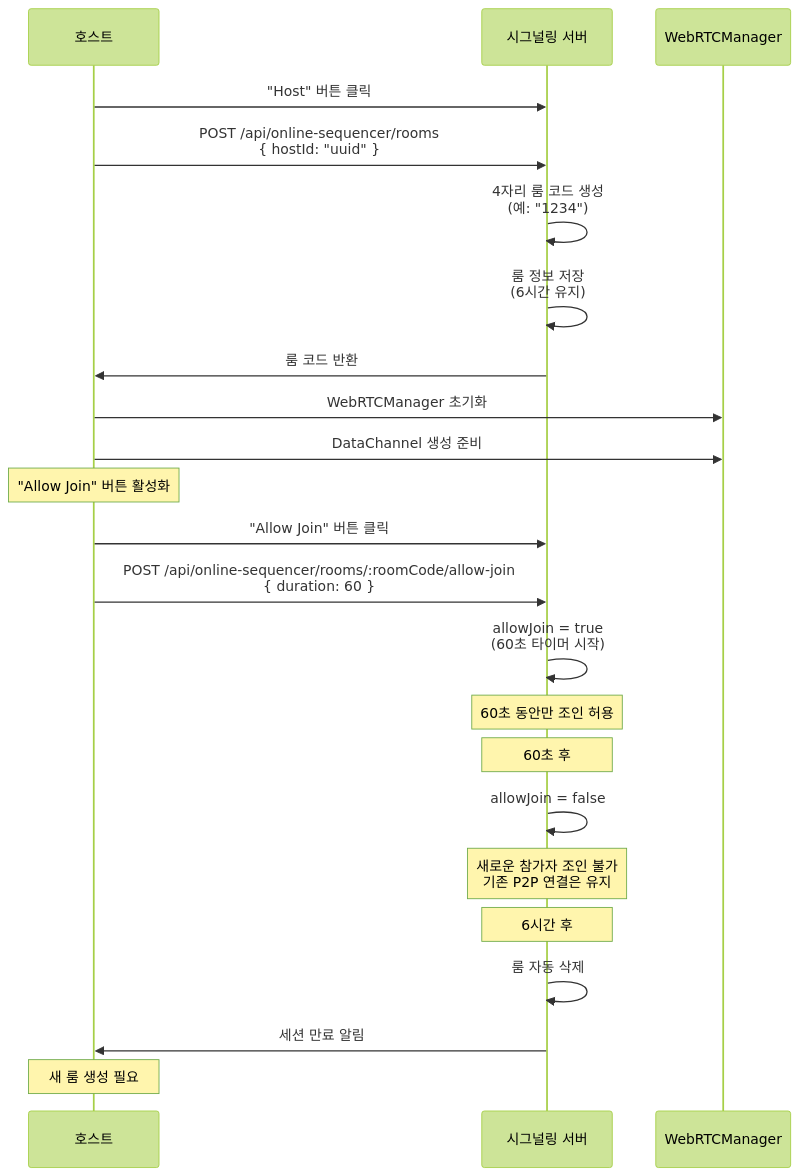
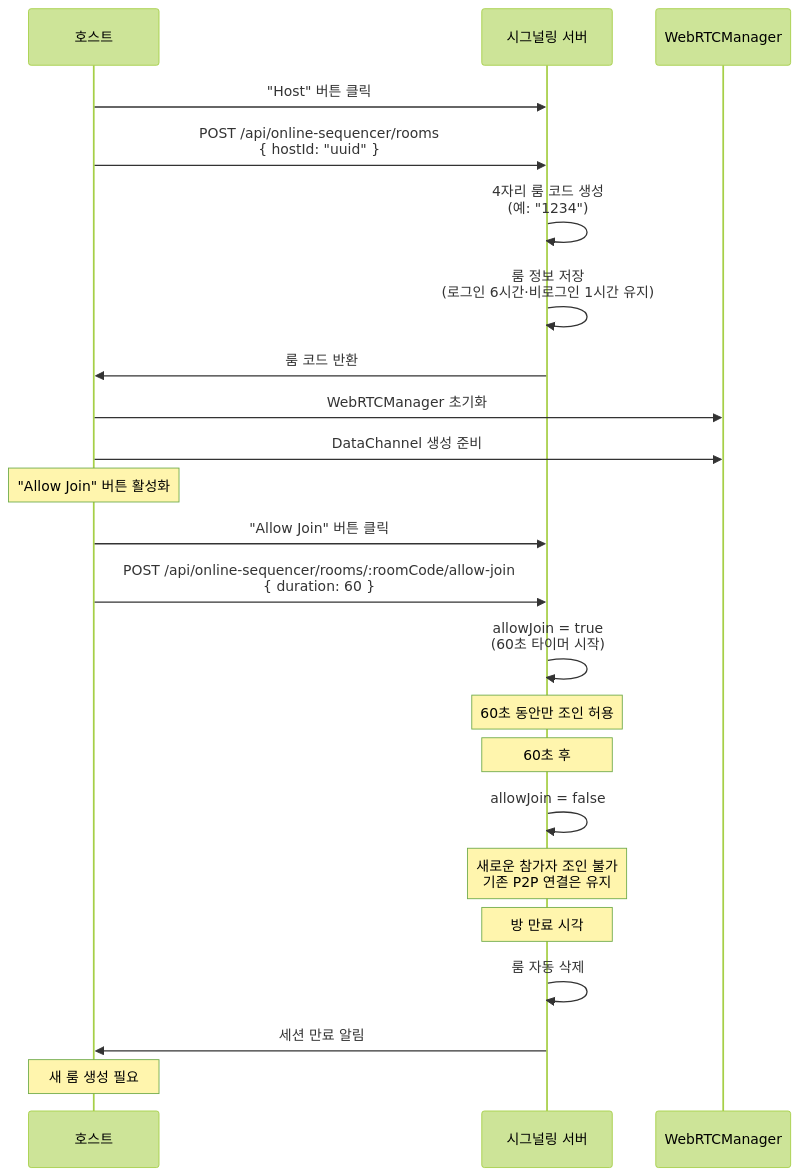
One commit to JaceDashS/online-sequencer changed the first of 2 diagrams in docs/specs/collaboration-specification/connection-flow.md. Above: the diagram before and after it, drawn with Mermaid (forest theme). The commit also changed other lines of this file and 10 other files, not shown here.

````diff
--- a/docs/specs/collaboration-specification/connection-flow.md
+++ b/docs/specs/collaboration-specification/connection-flow.md
@@ -11,29 +11,29 @@
 ```mermaid
 sequenceDiagram
     participant Host as 호스트
     participant Server as 시그널링 서버
     participant WebRTC as WebRTCManager
     
     Host->>Server: "Host" 버튼 클릭
     Host->>Server: POST /api/online-sequencer/rooms<br/>{ hostId: "uuid" }
     Server->>Server: 4자리 룸 코드 생성<br/>(예: "1234")
-    Server->>Server: 룸 정보 저장<br/>(6시간 유지)
+    Server->>Server: 룸 정보 저장<br/>(로그인 6시간·비로그인 1시간 유지)
     Server->>Host: 룸 코드 반환
     Host->>WebRTC: WebRTCManager 초기화
     Host->>WebRTC: DataChannel 생성 준비
     Note over Host: "Allow Join" 버튼 활성화
     
     Host->>Server: "Allow Join" 버튼 클릭
     Host->>Server: POST /api/online-sequencer/rooms/:roomCode/allow-join<br/>{ duration: 60 }
     Server->>Server: allowJoin = true<br/>(60초 타이머 시작)
     Note over Server: 60초 동안만 조인 허용
     
     Note over Server: 60초 후
     Server->>Server: allowJoin = false
     Note over Server: 새로운 참가자 조인 불가<br/>기존 P2P 연결은 유지
     
-    Note over Server: 6시간 후
+    Note over Server: 방 만료 시각
     Server->>Server: 룸 자동 삭제
     Server->>Host: 세션 만료 알림
     Note over Host: 새 룸 생성 필요
 ```
````
